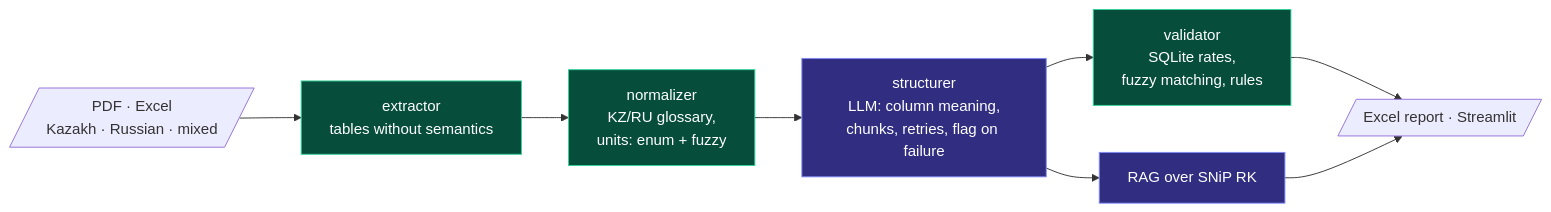
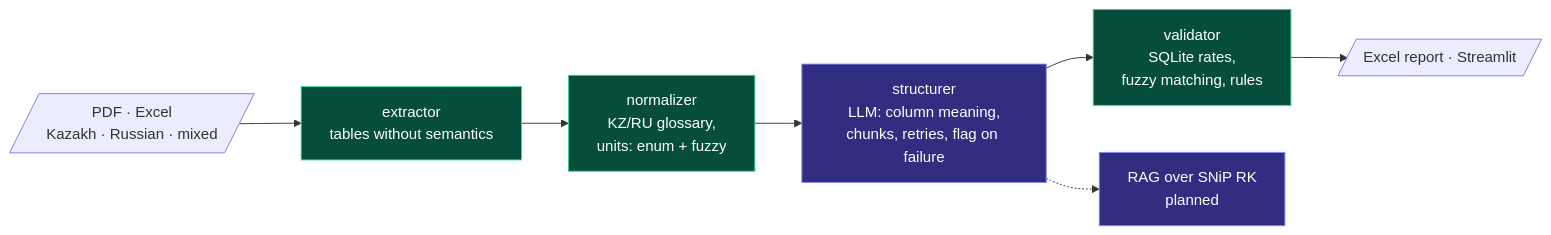
One commit to zhoratolk/portfolio changed the diagram in cases/en/smeta-ai-kz.md. Above: the diagram before and after it, drawn with Mermaid. The commit also changed other lines of this file and 12 other files, not shown here.

````diff
--- a/cases/en/smeta-ai-kz.md
+++ b/cases/en/smeta-ai-kz.md
@@ -22,13 +22,13 @@
 ```mermaid
 flowchart LR
   in[/PDF · Excel<br/>Kazakh · Russian · mixed/] --> ex[extractor<br/>tables without semantics]
   ex --> norm[normalizer<br/>KZ/RU glossary,<br/>units: enum + fuzzy]
   norm --> st[structurer<br/>LLM: column meaning,<br/>chunks, retries, flag on failure]
   st --> val[validator<br/>SQLite rates,<br/>fuzzy matching, rules]
-  st --> rag[RAG over SNiP RK]
-  val & rag --> rep[/Excel report · Streamlit/]
+  st -.-> rag[RAG over SNiP RK<br/>planned]
+  val --> rep[/Excel report · Streamlit/]
   classDef llm fill:#312e81,stroke:#818cf8,color:#fff
   classDef det fill:#064e3b,stroke:#34d399,color:#fff
   class st,rag llm
   class ex,norm,val det
 ```
````
